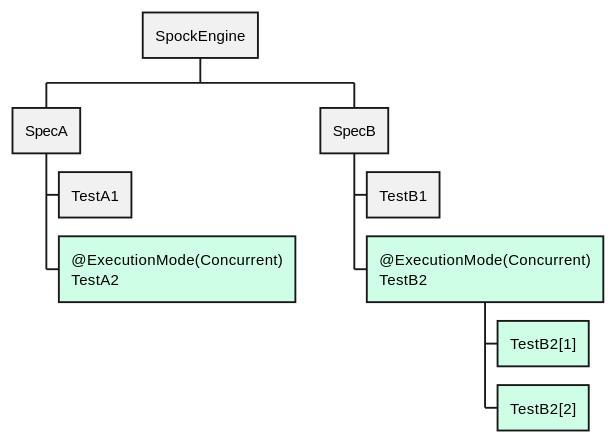
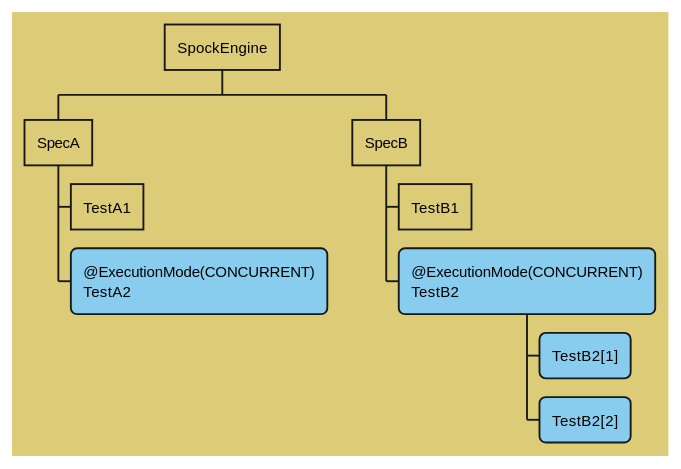
Before and after one commit to spockframework/spock: the fifth of 7 diagrams in docs/parallel_execution.adoc, drawn with PlantUML. The commit also changed other lines of this file, not shown here.

```diff
--- a/docs/parallel_execution.adoc
+++ b/docs/parallel_execution.adoc
@@ -204,23 +211,24 @@
 [plantuml,images/execution-hierarchy-inheritance-feature-execution,svg]
 ....
-
 @startwbs
 <style>
 wbsDiagram {
+  BackgroundColor #DDCC77
   .concurrent * {
-      BackgroundColor #CEFEE6
+      BackgroundColor #88CCEE
+      RoundCorner 10
   }
 }
 </style>
 skinparam shadowing false
 * SpockEngine
 ** SpecA
 *** TestA1
-*** @ExecutionMode(Concurrent)\nTestA2 <<concurrent>>
+*** @ExecutionMode(CONCURRENT)\nTestA2 <<concurrent>>
 ** SpecB
 *** TestB1
-*** @ExecutionMode(Concurrent)\nTestB2 <<concurrent>>
+*** @ExecutionMode(CONCURRENT)\nTestB2 <<concurrent>>
 **** TestB2[1]
 **** TestB2[2]
 @endwbs
 ....
```
